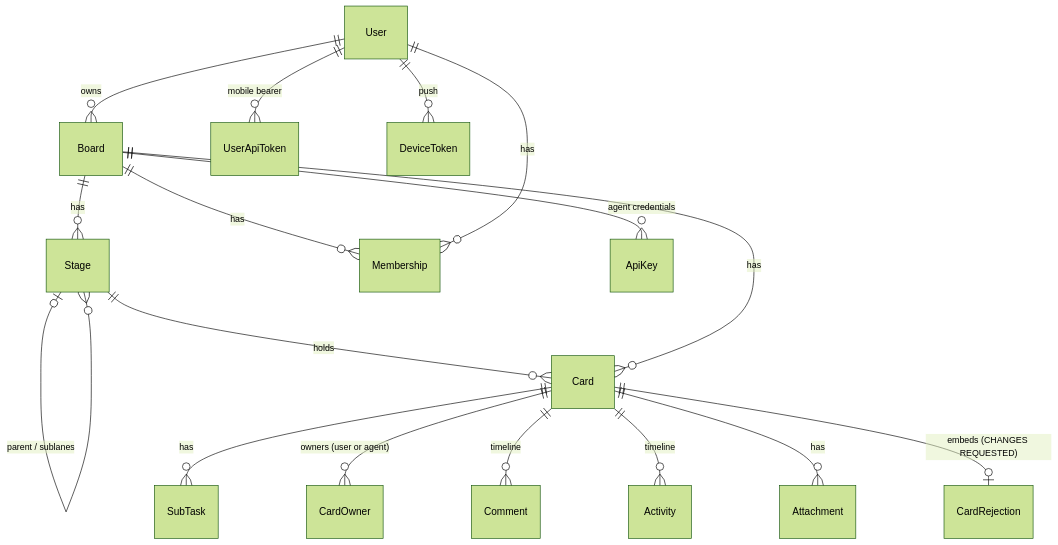
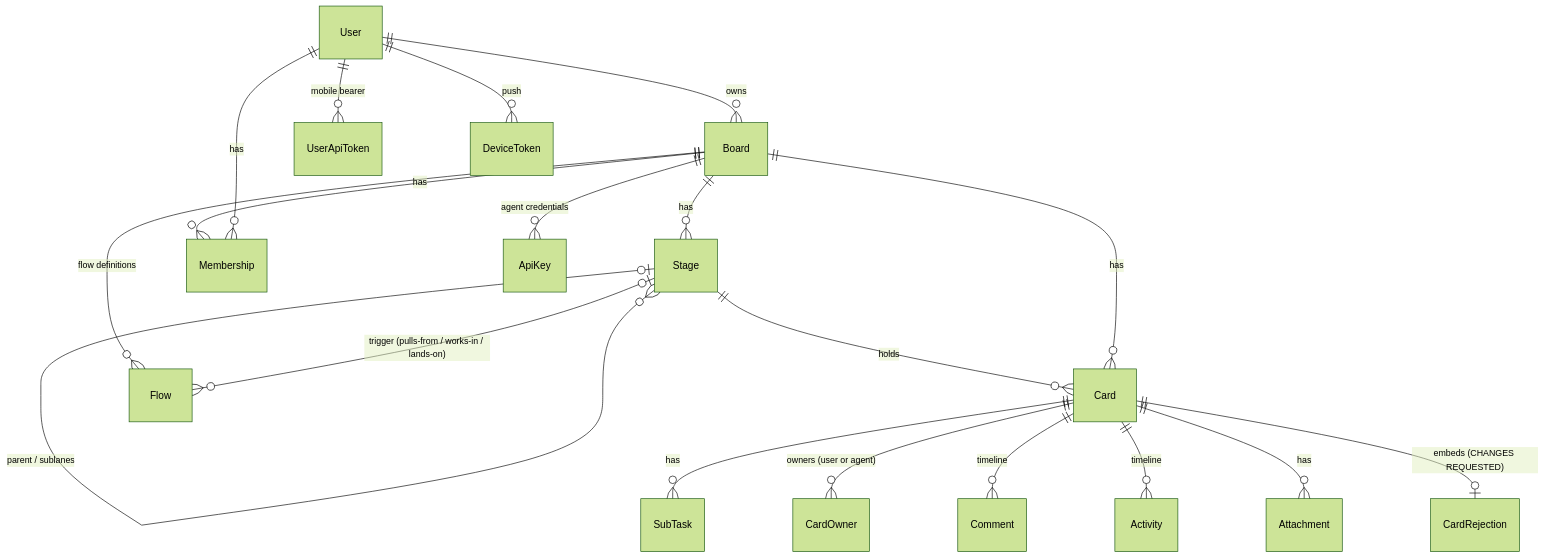
The diagram in docs/architecture/domain.md (jeremylightsmith/relay), drawn with Mermaid (forest theme) before and after one commit. The commit also changed other lines of this file and 15 other files, not shown here.

First line of the commit message:
rly 131 w3 flows domain flow definitions as data (#108)

````diff
--- a/docs/architecture/domain.md
+++ b/docs/architecture/domain.md
@@ -44,19 +53,21 @@
 ```mermaid
 erDiagram
     User ||--o{ Board : owns
     Board ||--o{ Stage : has
     Stage |o--o{ Stage : "parent / sublanes"
     Stage ||--o{ Card : holds
     Board ||--o{ Card : has
+    Board ||--o{ Flow : "flow definitions"
+    Stage |o--o{ Flow : "trigger (pulls-from / works-in / lands-on)"
     Card ||--o{ SubTask : has
     Card ||--o{ CardOwner : "owners (user or agent)"
     Card ||--o{ Comment : timeline
     Card ||--o{ Activity : timeline
     Card ||--o{ Attachment : has
     Card ||--o| CardRejection : "embeds (CHANGES REQUESTED)"
     Board ||--o{ Membership : has
     User ||--o{ Membership : has
     Board ||--o{ ApiKey : "agent credentials"
     User ||--o{ UserApiToken : "mobile bearer"
     User ||--o{ DeviceToken : "push"
 ```
````
